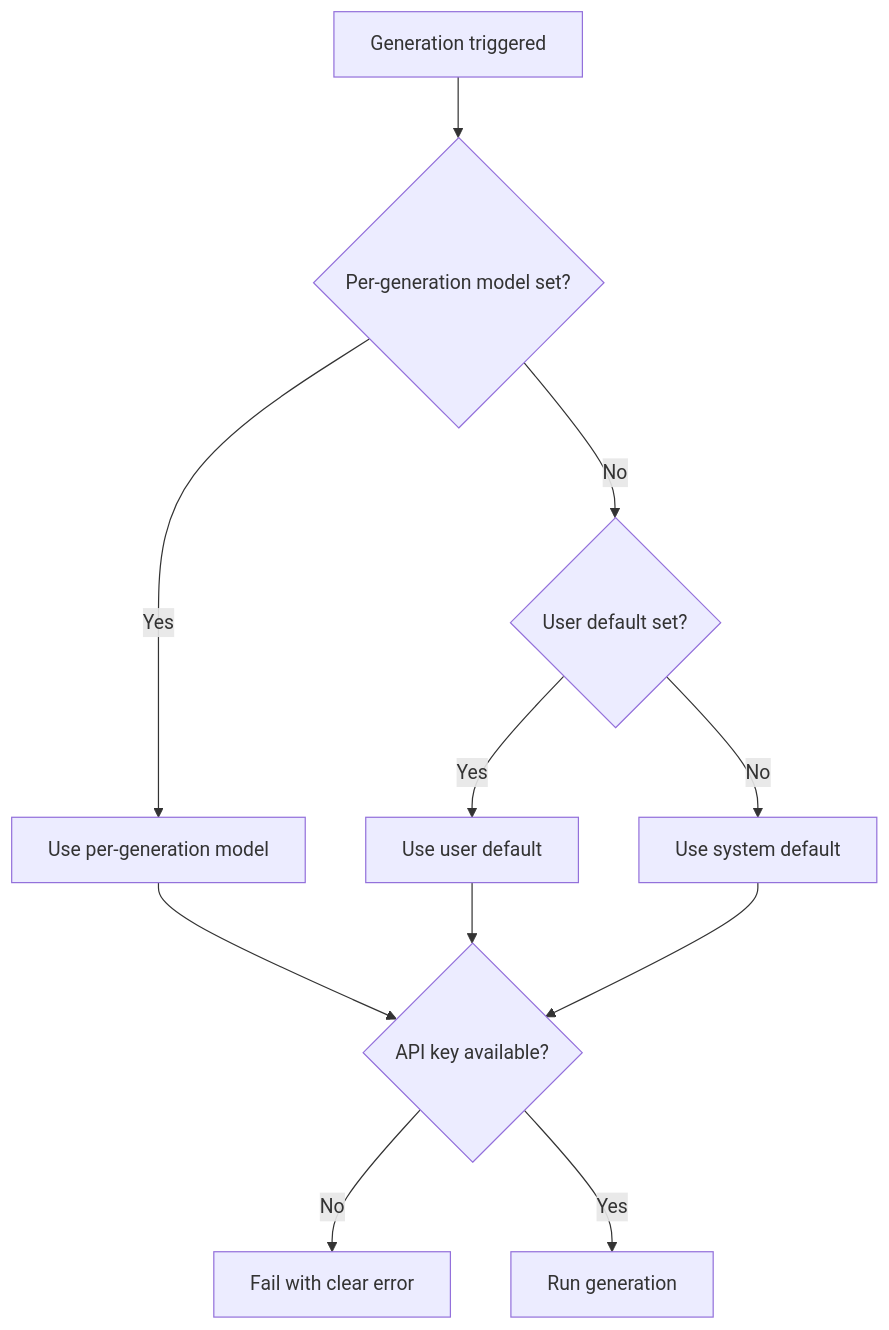
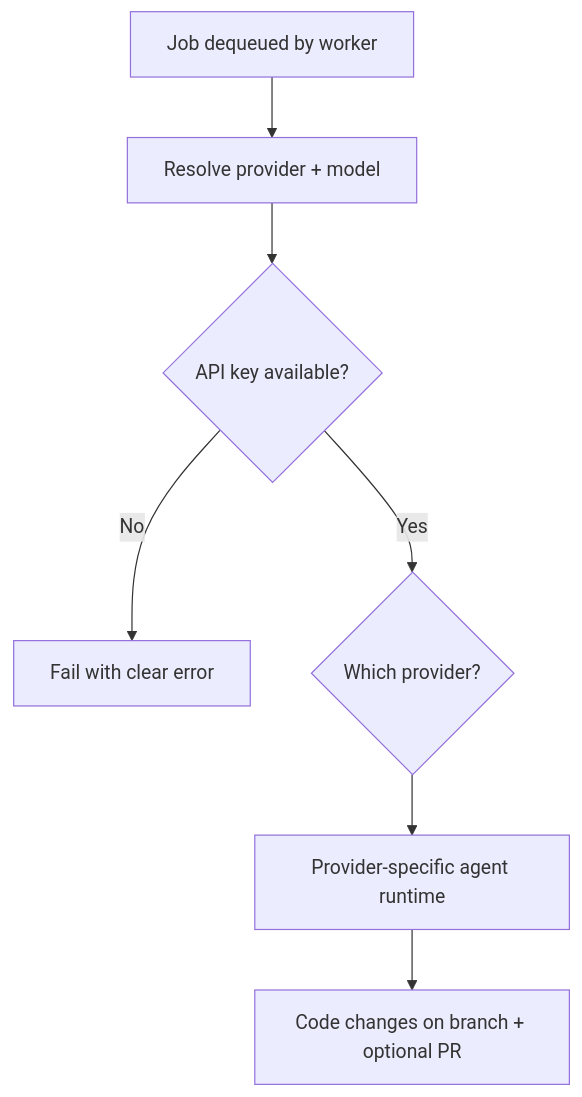
The first of 4 diagrams in docs/dev/multi-model-support.md (youngchingjui/issue-to-pr), drawn with Mermaid before and after one commit. The commit also changed other lines of this file and 4 other files, not shown here.

````diff
--- a/docs/dev/multi-model-support.md
+++ b/docs/dev/multi-model-support.md
@@ -31,13 +33,9 @@
 ```mermaid
 flowchart TD
-    A[Generation triggered] --> B{Per-generation model set?}
-    B -- Yes --> E[Use per-generation model]
-    B -- No --> C{User default set?}
-    C -- Yes --> F[Use user default]
-    C -- No --> G[Use system default]
-    E --> H{API key available?}
-    F --> H
-    G --> H
-    H -- No --> I[Fail with clear error]
-    H -- Yes --> J[Run generation]
+    A[Job dequeued by worker] --> B[Resolve provider + model]
+    B --> C{API key available?}
+    C -- No --> D[Fail with clear error]
+    C -- Yes --> E{Which provider?}
+    E --> F[Provider-specific agent runtime]
+    F --> G[Code changes on branch + optional PR]
 ```
````
